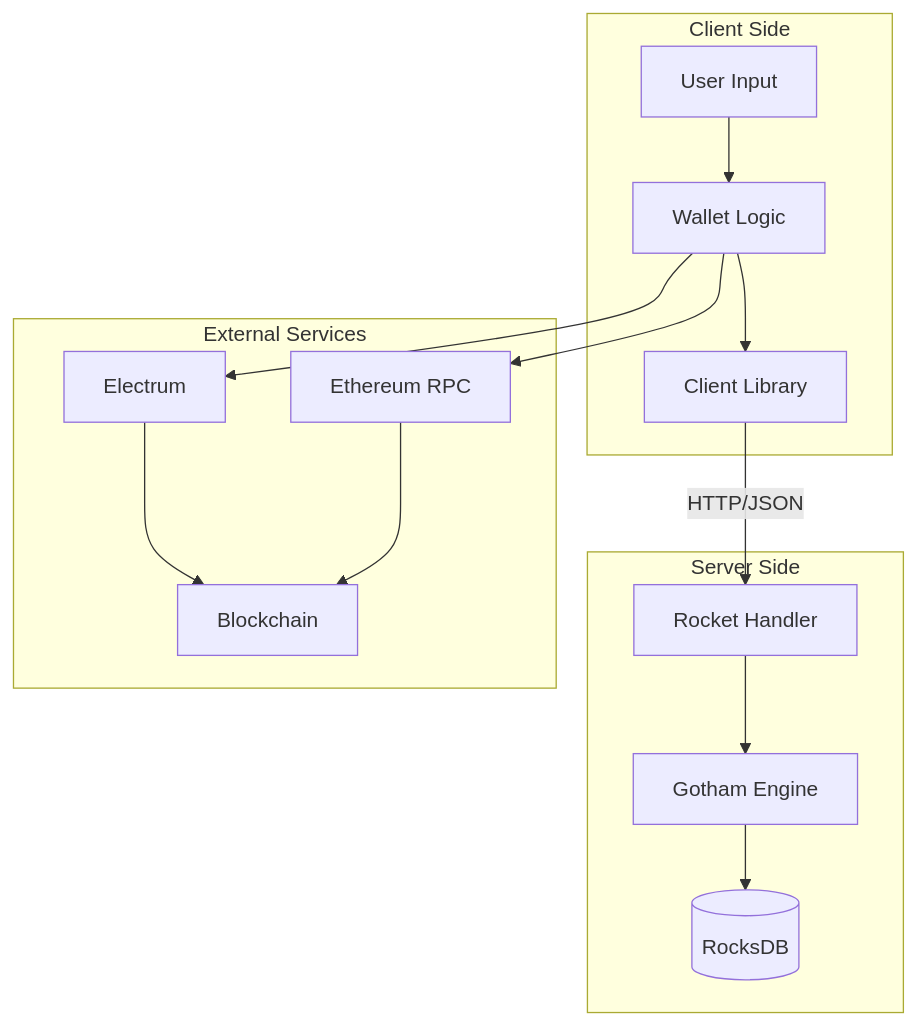
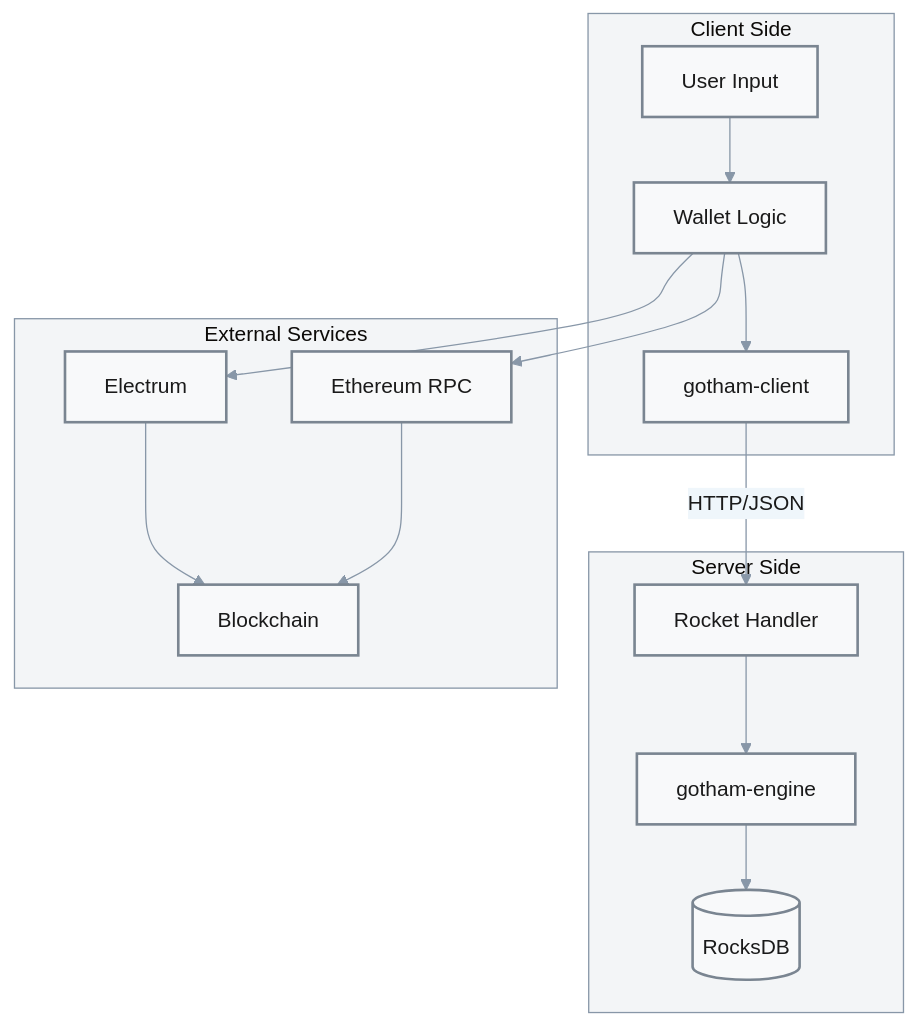
One commit to ljg-cqu/ZenGo-X-gotham-city changed the third of 4 diagrams in wiki/Implementation.md. Above: the diagram before and after it, drawn with Mermaid. The commit also changed other lines of this file and 41 other files, not shown here.

````diff
--- a/wiki/Implementation.md
+++ b/wiki/Implementation.md
@@ -133,30 +139,33 @@
 ```mermaid
+%%{init: {"theme": "base", "themeVariables": {"primaryColor": "#f8f9fa", "primaryTextColor": "#1a1a1a", "primaryBorderColor": "#7a8591", "lineColor": "#8897a8", "secondaryColor": "#eff6fb", "tertiaryColor": "#f3f5f7", "clusterBkg": "#f3f5f7", "clusterBorder": "#8897a8"}}}%%
 flowchart TD
     subgraph Client["Client Side"]
         UI[User Input]
-        CL[Client Library]
+        CL[gotham-client]
         WL[Wallet Logic]
     end
     
     subgraph Server["Server Side"]
         RK[Rocket Handler]
-        GE[Gotham Engine]
+        GE[gotham-engine]
         DB[(RocksDB)]
     end
     
     subgraph External["External Services"]
         EL[Electrum]
         RPC[Ethereum RPC]
         BC[Blockchain]
     end
     
     UI --> WL
     WL --> CL
     CL -->|HTTP/JSON| RK
     RK --> GE
     GE --> DB
     WL --> EL
     WL --> RPC
     EL --> BC
     RPC --> BC
+    
+    classDef default fill:#f8f9fa,stroke:#7a8591,stroke-width:2px,color:#1a1a1a
 ```
````
